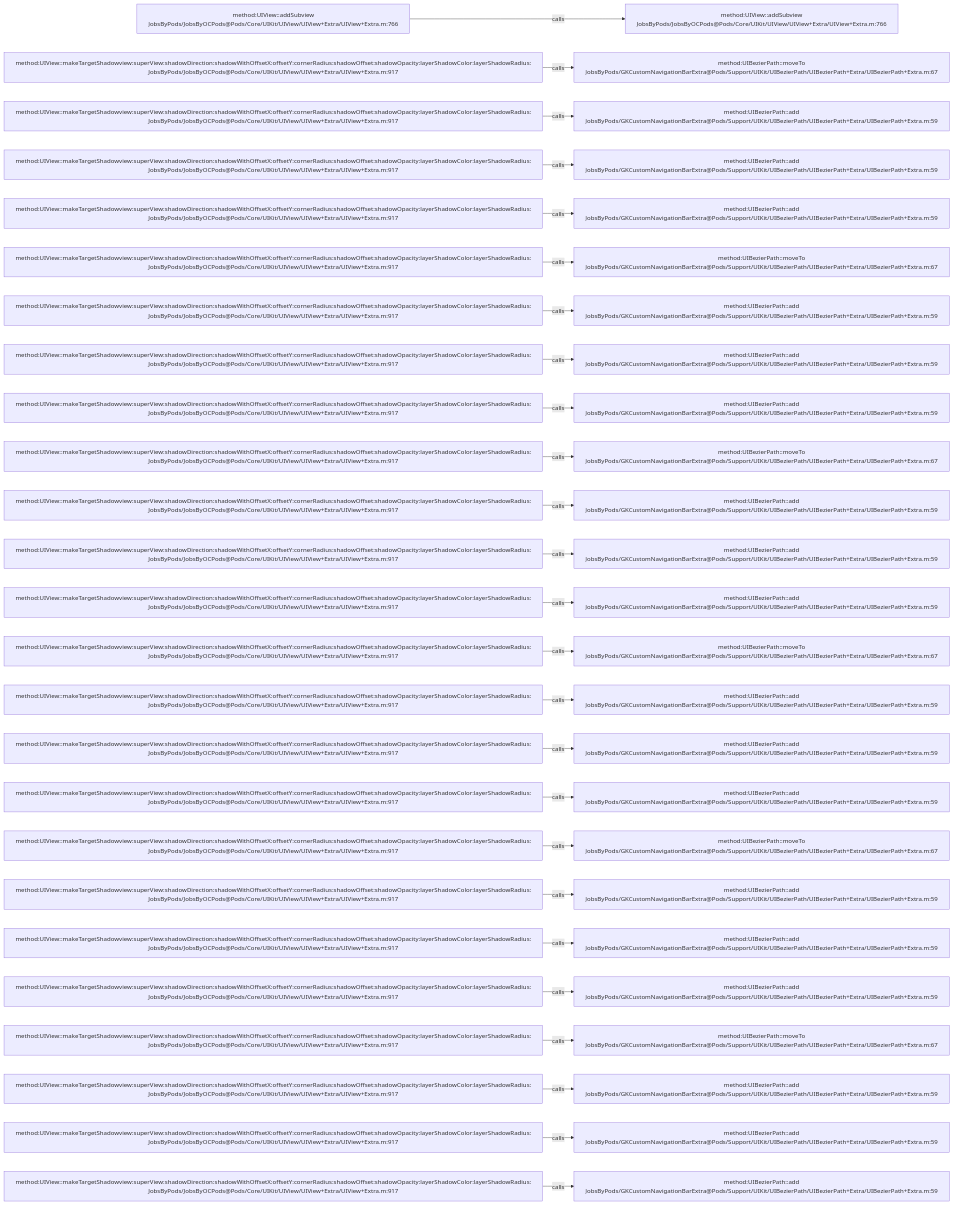
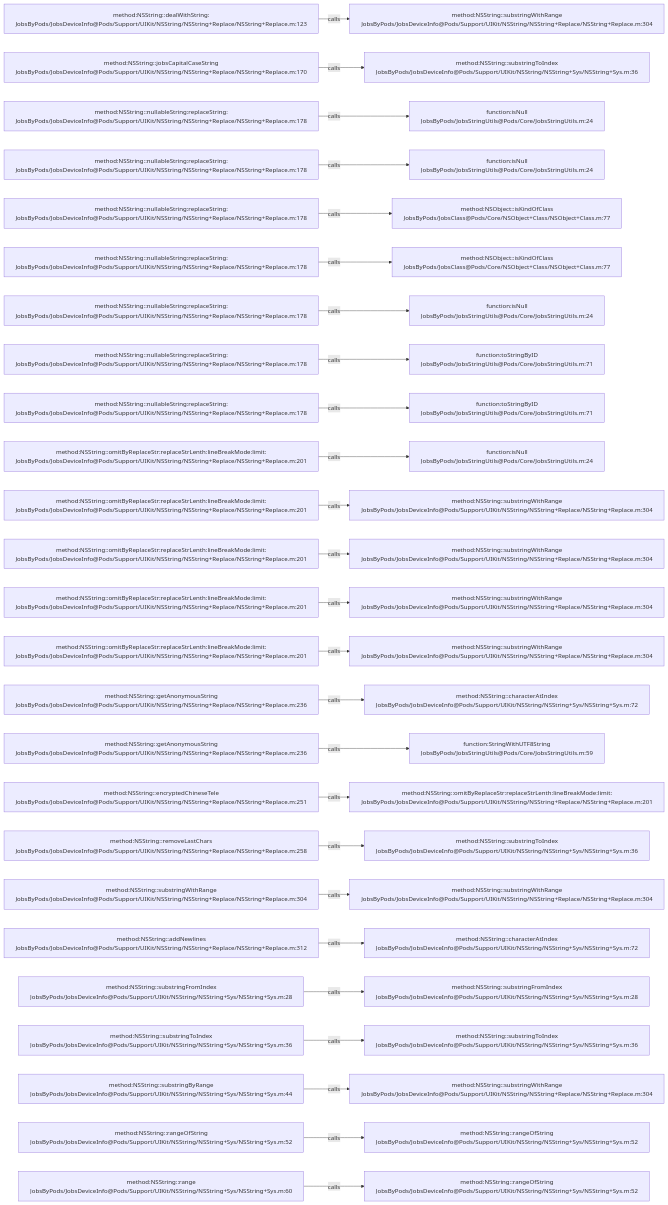
One commit to JobsKits/JobsOCBaseConfigDemo changed the diagram in .codegraph/codegraph.md/graphs/calls-063.md. Above: the diagram before and after it, drawn with Mermaid. The commit also changed 573 other files, not shown here.

````diff
--- a/.codegraph/codegraph.md/graphs/calls-063.md
+++ b/.codegraph/codegraph.md/graphs/calls-063.md
@@ -13,78 +13,78 @@
 ```mermaid
 flowchart LR
-  S1["method:UIView::addSubview<br/>JobsByPods/JobsByOCPods@Pods/Core/UIKit/UIView/UIView+Extra/UIView+Extra.m:766"]
-  T1["method:UIView::addSubview<br/>JobsByPods/JobsByOCPods@Pods/Core/UIKit/UIView/UIView+Extra/UIView+Extra.m:766"]
+  S1["method:NSString::dealWithString:<br/>JobsByPods/JobsDeviceInfo@Pods/Support/UIKit/NSString/NSString+Replace/NSString+Replace.m:123"]
+  T1["method:NSString::substringWithRange<br/>JobsByPods/JobsDeviceInfo@Pods/Support/UIKit/NSString/NSString+Replace/NSString+Replace.m:304"]
   S1 -->|calls| T1
-  S2["method:UIView::makeTargetShadowview:superView:shadowDirection:shadowWithOffsetX:offsetY:cornerRadius:shadowOffset:shadowOpacity:layerShadowColor:layerShadowRadius:<br/>JobsByPods/JobsByOCPods@Pods/Core/UIKit/UIView/UIView+Extra/UIView+Extra.m:917"]
-  T2["method:UIBezierPath::moveTo<br/>JobsByPods/GKCustomNavigationBarExtra@Pods/Support/UIKit/UIBezierPath/UIBezierPath+Extra/UIBezierPath+Extra.m:67"]
+  S2["method:NSString::jobsCapitalCaseString<br/>JobsByPods/JobsDeviceInfo@Pods/Support/UIKit/NSString/NSString+Replace/NSString+Replace.m:170"]
+  T2["method:NSString::substringToIndex<br/>JobsByPods/JobsDeviceInfo@Pods/Support/UIKit/NSString/NSString+Sys/NSString+Sys.m:36"]
   S2 -->|calls| T2
-  S3["method:UIView::makeTargetShadowview:superView:shadowDirection:shadowWithOffsetX:offsetY:cornerRadius:shadowOffset:shadowOpacity:layerShadowColor:layerShadowRadius:<br/>JobsByPods/JobsByOCPods@Pods/Core/UIKit/UIView/UIView+Extra/UIView+Extra.m:917"]
-  T3["method:UIBezierPath::add<br/>JobsByPods/GKCustomNavigationBarExtra@Pods/Support/UIKit/UIBezierPath/UIBezierPath+Extra/UIBezierPath+Extra.m:59"]
+  S3["method:NSString::nullableString:replaceString:<br/>JobsByPods/JobsDeviceInfo@Pods/Support/UIKit/NSString/NSString+Replace/NSString+Replace.m:178"]
+  T3["function:isNull<br/>JobsByPods/JobsStringUtils@Pods/Core/JobsStringUtils.m:24"]
   S3 -->|calls| T3
-  S4["method:UIView::makeTargetShadowview:superView:shadowDirection:shadowWithOffsetX:offsetY:cornerRadius:shadowOffset:shadowOpacity:layerShadowColor:layerShadowRadius:<br/>JobsByPods/JobsByOCPods@Pods/Core/UIKit/UIView/UIView+Extra/UIView+Extra.m:917"]
-  T4["method:UIBezierPath::add<br/>JobsByPods/GKCustomNavigationBarExtra@Pods/Support/UIKit/UIBezierPath/UIBezierPath+Extra/UIBezierPath+Extra.m:59"]
+  S4["method:NSString::nullableString:replaceString:<br/>JobsByPods/JobsDeviceInfo@Pods/Support/UIKit/NSString/NSString+Replace/NSString+Replace.m:178"]
+  T4["function:isNull<br/>JobsByPods/JobsStringUtils@Pods/Core/JobsStringUtils.m:24"]
   S4 -->|calls| T4
-  S5["method:UIView::makeTargetShadowview:superView:shadowDirection:shadowWithOffsetX:offsetY:cornerRadius:shadowOffset:shadowOpacity:layerShadowColor:layerShadowRadius:<br/>JobsByPods/JobsByOCPods@Pods/Core/UIKit/UIView/UIView+Extra/UIView+Extra.m:917"]
-  T5["method:UIBezierPath::add<br/>JobsByPods/GKCustomNavigationBarExtra@Pods/Support/UIKit/UIBezierPath/UIBezierPath+Extra/UIBezierPath+Extra.m:59"]
+  S5["method:NSString::nullableString:replaceString:<br/>JobsByPods/JobsDeviceInfo@Pods/Support/UIKit/NSString/NSString+Replace/NSString+Replace.m:178"]
+  T5["method:NSObject::isKindOfClass<br/>JobsByPods/JobsClass@Pods/Core/NSObject+Class/NSObject+Class.m:77"]
   S5 -->|calls| T5
-  S6["method:UIView::makeTargetShadowview:superView:shadowDirection:shadowWithOffsetX:offsetY:cornerRadius:shadowOffset:shadowOpacity:layerShadowColor:layerShadowRadius:<br/>JobsByPods/JobsByOCPods@Pods/Core/UIKit/UIView/UIView+Extra/UIView+Extra.m:917"]
-  T6["method:UIBezierPath::moveTo<br/>JobsByPods/GKCustomNavigationBarExtra@Pods/Support/UIKit/UIBezierPath/UIBezierPath+Extra/UIBezierPath+Extra.m:67"]
+  S6["method:NSString::nullableString:replaceString:<br/>JobsByPods/JobsDeviceInfo@Pods/Support/UIKit/NSString/NSString+Replace/NSString+Replace.m:178"]
+  T6["method:NSObject::isKindOfClass<br/>JobsByPods/JobsClass@Pods/Core/NSObject+Class/NSObject+Class.m:77"]
   S6 -->|calls| T6
-  S7["method:UIView::makeTargetShadowview:superView:shadowDirection:shadowWithOffsetX:offsetY:cornerRadius:shadowOffset:shadowOpacity:layerShadowColor:layerShadowRadius:<br/>JobsByPods/JobsByOCPods@Pods/Core/UIKit/UIView/UIView+Extra/UIView+Extra.m:917"]
-  T7["method:UIBezierPath::add<br/>JobsByPods/GKCustomNavigationBarExtra@Pods/Support/UIKit/UIBezierPath/UIBezierPath+Extra/UIBezierPath+Extra.m:59"]
+  S7["method:NSString::nullableString:replaceString:<br/>JobsByPods/JobsDeviceInfo@Pods/Support/UIKit/NSString/NSString+Replace/NSString+Replace.m:178"]
+  T7["function:isNull<br/>JobsByPods/JobsStringUtils@Pods/Core/JobsStringUtils.m:24"]
   S7 -->|calls| T7
-  S8["method:UIView::makeTargetShadowview:superView:shadowDirection:shadowWithOffsetX:offsetY:cornerRadius:shadowOffset:shadowOpacity:layerShadowColor:layerShadowRadius:<br/>JobsByPods/JobsByOCPods@Pods/Core/UIKit/UIView/UIView+Extra/UIView+Extra.m:917"]
-  T8["method:UIBezierPath::add<br/>JobsByPods/GKCustomNavigationBarExtra@Pods/Support/UIKit/UIBezierPath/UIBezierPath+Extra/UIBezierPath+Extra.m:59"]
+  S8["method:NSString::nullableString:replaceString:<br/>JobsByPods/JobsDeviceInfo@Pods/Support/UIKit/NSString/NSString+Replace/NSString+Replace.m:178"]
+  T8["function:toStringByID<br/>JobsByPods/JobsStringUtils@Pods/Core/JobsStringUtils.m:71"]
   S8 -->|calls| T8
-  S9["method:UIView::makeTargetShadowview:superView:shadowDirection:shadowWithOffsetX:offsetY:cornerRadius:shadowOffset:shadowOpacity:layerShadowColor:layerShadowRadius:<br/>JobsByPods/JobsByOCPods@Pods/Core/UIKit/UIView/UIView+Extra/UIView+Extra.m:917"]
-  T9["method:UIBezierPath::add<br/>JobsByPods/GKCustomNavigationBarExtra@Pods/Support/UIKit/UIBezierPath/UIBezierPath+Extra/UIBezierPath+Extra.m:59"]
+  S9["method:NSString::nullableString:replaceString:<br/>JobsByPods/JobsDeviceInfo@Pods/Support/UIKit/NSString/NSString+Replace/NSString+Replace.m:178"]
+  T9["function:toStringByID<br/>JobsByPods/JobsStringUtils@Pods/Core/JobsStringUtils.m:71"]
   S9 -->|calls| T9
-  S10["method:UIView::makeTargetShadowview:superView:shadowDirection:shadowWithOffsetX:offsetY:cornerRadius:shadowOffset:shadowOpacity:layerShadowColor:layerShadowRadius:<br/>JobsByPods/JobsByOCPods@Pods/Core/UIKit/UIView/UIView+Extra/UIView+Extra.m:917"]
-  T10["method:UIBezierPath::moveTo<br/>JobsByPods/GKCustomNavigationBarExtra@Pods/Support/UIKit/UIBezierPath/UIBezierPath+Extra/UIBezierPath+Extra.m:67"]
+  S10["method:NSString::omitByReplaceStr:replaceStrLenth:lineBreakMode:limit:<br/>JobsByPods/JobsDeviceInfo@Pods/Support/UIKit/NSString/NSString+Replace/NSString+Replace.m:201"]
+  T10["function:isNull<br/>JobsByPods/JobsStringUtils@Pods/Core/JobsStringUtils.m:24"]
   S10 -->|calls| T10
-  S11["method:UIView::makeTargetShadowview:superView:shadowDirection:shadowWithOffsetX:offsetY:cornerRadius:shadowOffset:shadowOpacity:layerShadowColor:layerShadowRadius:<br/>JobsByPods/JobsByOCPods@Pods/Core/UIKit/UIView/UIView+Extra/UIView+Extra.m:917"]
-  T11["method:UIBezierPath::add<br/>JobsByPods/GKCustomNavigationBarExtra@Pods/Support/UIKit/UIBezierPath/UIBezierPath+Extra/UIBezierPath+Extra.m:59"]
+  S11["method:NSString::omitByReplaceStr:replaceStrLenth:lineBreakMode:limit:<br/>JobsByPods/JobsDeviceInfo@Pods/Support/UIKit/NSString/NSString+Replace/NSString+Replace.m:201"]
+  T11["method:NSString::substringWithRange<br/>JobsByPods/JobsDeviceInfo@Pods/Support/UIKit/NSString/NSString+Replace/NSString+Replace.m:304"]
   S11 -->|calls| T11
-  S12["method:UIView::makeTargetShadowview:superView:shadowDirection:shadowWithOffsetX:offsetY:cornerRadius:shadowOffset:shadowOpacity:layerShadowColor:layerShadowRadius:<br/>JobsByPods/JobsByOCPods@Pods/Core/UIKit/UIView/UIView+Extra/UIView+Extra.m:917"]
-  T12["method:UIBezierPath::add<br/>JobsByPods/GKCustomNavigationBarExtra@Pods/Support/UIKit/UIBezierPath/UIBezierPath+Extra/UIBezierPath+Extra.m:59"]
+  S12["method:NSString::omitByReplaceStr:replaceStrLenth:lineBreakMode:limit:<br/>JobsByPods/JobsDeviceInfo@Pods/Support/UIKit/NSString/NSString+Replace/NSString+Replace.m:201"]
+  T12["method:NSString::substringWithRange<br/>JobsByPods/JobsDeviceInfo@Pods/Support/UIKit/NSString/NSString+Replace/NSString+Replace.m:304"]
   S12 -->|calls| T12
-  S13["method:UIView::makeTargetShadowview:superView:shadowDirection:shadowWithOffsetX:offsetY:cornerRadius:shadowOffset:shadowOpacity:layerShadowColor:layerShadowRadius:<br/>JobsByPods/JobsByOCPods@Pods/Core/UIKit/UIView/UIView+Extra/UIView+Extra.m:917"]
-  T13["method:UIBezierPath::add<br/>JobsByPods/GKCustomNavigationBarExtra@Pods/Support/UIKit/UIBezierPath/UIBezierPath+Extra/UIBezierPath+Extra.m:59"]
+  S13["method:NSString::omitByReplaceStr:replaceStrLenth:lineBreakMode:limit:<br/>JobsByPods/JobsDeviceInfo@Pods/Support/UIKit/NSString/NSString+Replace/NSString+Replace.m:201"]
+  T13["method:NSString::substringWithRange<br/>JobsByPods/JobsDeviceInfo@Pods/Support/UIKit/NSString/NSString+Replace/NSString+Replace.m:304"]
   S13 -->|calls| T13
-  S14["method:UIView::makeTargetShadowview:superView:shadowDirection:shadowWithOffsetX:offsetY:cornerRadius:shadowOffset:shadowOpacity:layerShadowColor:layerShadowRadius:<br/>JobsByPods/JobsByOCPods@Pods/Core/UIKit/UIView/UIView+Extra/UIView+Extra.m:917"]
-  T14["method:UIBezierPath::moveTo<br/>JobsByPods/GKCustomNavigationBarExtra@Pods/Support/UIKit/UIBezierPath/UIBezierPath+Extra/UIBezierPath+Extra.m:67"]
+  S14["method:NSString::omitByReplaceStr:replaceStrLenth:lineBreakMode:limit:<br/>JobsByPods/JobsDeviceInfo@Pods/Support/UIKit/NSString/NSString+Replace/NSString+Replace.m:201"]
+  T14["method:NSString::substringWithRange<br/>JobsByPods/JobsDeviceInfo@Pods/Support/UIKit/NSString/NSString+Replace/NSString+Replace.m:304"]
   S14 -->|calls| T14
-  S15["method:UIView::makeTargetShadowview:superView:shadowDirection:shadowWithOffsetX:offsetY:cornerRadius:shadowOffset:shadowOpacity:layerShadowColor:layerShadowRadius:<br/>JobsByPods/JobsByOCPods@Pods/Core/UIKit/UIView/UIView+Extra/UIView+Extra.m:917"]
-  T15["method:UIBezierPath::add<br/>JobsByPods/GKCustomNavigationBarExtra@Pods/Support/UIKit/UIBezierPath/UIBezierPath+Extra/UIBezierPath+Extra.m:59"]
+  S15["method:NSString::getAnonymousString<br/>JobsByPods/JobsDeviceInfo@Pods/Support/UIKit/NSString/NSString+Replace/NSString+Replace.m:236"]
+  T15["method:NSString::characterAtIndex<br/>JobsByPods/JobsDeviceInfo@Pods/Support/UIKit/NSString/NSString+Sys/NSString+Sys.m:72"]
   S15 -->|calls| T15
-  S16["method:UIView::makeTargetShadowview:superView:shadowDirection:shadowWithOffsetX:offsetY:cornerRadius:shadowOffset:shadowOpacity:layerShadowColor:layerShadowRadius:<br/>JobsByPods/JobsByOCPods@Pods/Core/UIKit/UIView/UIView+Extra/UIView+Extra.m:917"]
-  T16["method:UIBezierPath::add<br/>JobsByPods/GKCustomNavigationBarExtra@Pods/Support/UIKit/UIBezierPath/UIBezierPath+Extra/UIBezierPath+Extra.m:59"]
+  S16["method:NSString::getAnonymousString<br/>JobsByPods/JobsDeviceInfo@Pods/Support/UIKit/NSString/NSString+Replace/NSString+Replace.m:236"]
+  T16["function:StringWithUTF8String<br/>JobsByPods/JobsStringUtils@Pods/Core/JobsStringUtils.m:59"]
   S16 -->|calls| T16
-  S17["method:UIView::makeTargetShadowview:superView:shadowDirection:shadowWithOffsetX:offsetY:cornerRadius:shadowOffset:shadowOpacity:layerShadowColor:layerShadowRadius:<br/>JobsByPods/JobsByOCPods@Pods/Core/UIKit/UIView/UIView+Extra/UIView+Extra.m:917"]
-  T17["method:UIBezierPath::add<br/>JobsByPods/GKCustomNavigationBarExtra@Pods/Support/UIKit/UIBezierPath/UIBezierPath+Extra/UIBezierPath+Extra.m:59"]
+  S17["method:NSString::encryptedChineseTele<br/>JobsByPods/JobsDeviceInfo@Pods/Support/UIKit/NSString/NSString+Replace/NSString+Replace.m:251"]
+  T17["method:NSString::omitByReplaceStr:replaceStrLenth:lineBreakMode:limit:<br/>JobsByPods/JobsDeviceInfo@Pods/Support/UIKit/NSString/NSString+Replace/NSString+Replace.m:201"]
   S17 -->|calls| T17
-  S18["method:UIView::makeTargetShadowview:superView:shadowDirection:shadowWithOffsetX:offsetY:cornerRadius:shadowOffset:shadowOpacity:layerShadowColor:layerShadowRadius:<br/>JobsByPods/JobsByOCPods@Pods/Core/UIKit/UIView/UIView+Extra/UIView+Extra.m:917"]
-  T18["method:UIBezierPath::moveTo<br/>JobsByPods/GKCustomNavigationBarExtra@Pods/Support/UIKit/UIBezierPath/UIBezierPath+Extra/UIBezierPath+Extra.m:67"]
+  S18["method:NSString::removeLastChars<br/>JobsByPods/JobsDeviceInfo@Pods/Support/UIKit/NSString/NSString+Replace/NSString+Replace.m:258"]
+  T18["method:NSString::substringToIndex<br/>JobsByPods/JobsDeviceInfo@Pods/Support/UIKit/NSString/NSString+Sys/NSString+Sys.m:36"]
   S18 -->|calls| T18
-  S19["method:UIView::makeTargetShadowview:superView:shadowDirection:shadowWithOffsetX:offsetY:cornerRadius:shadowOffset:shadowOpacity:layerShadowColor:layerShadowRadius:<br/>JobsByPods/JobsByOCPods@Pods/Core/UIKit/UIView/UIView+Extra/UIView+Extra.m:917"]
-  T19["method:UIBezierPath::add<br/>JobsByPods/GKCustomNavigationBarExtra@Pods/Support/UIKit/UIBezierPath/UIBezierPath+Extra/UIBezierPath+Extra.m:59"]
+  S19["method:NSString::substringWithRange<br/>JobsByPods/JobsDeviceInfo@Pods/Support/UIKit/NSString/NSString+Replace/NSString+Replace.m:304"]
+  T19["method:NSString::substringWithRange<br/>JobsByPods/JobsDeviceInfo@Pods/Support/UIKit/NSString/NSString+Replace/NSString+Replace.m:304"]
   S19 -->|calls| T19
-  S20["method:UIView::makeTargetShadowview:superView:shadowDirection:shadowWithOffsetX:offsetY:cornerRadius:shadowOffset:shadowOpacity:layerShadowColor:layerShadowRadius:<br/>JobsByPods/JobsByOCPods@Pods/Core/UIKit/UIView/UIView+Extra/UIView+Extra.m:917"]
-  T20["method:UIBezierPath::add<br/>JobsByPods/GKCustomNavigationBarExtra@Pods/Support/UIKit/UIBezierPath/UIBezierPath+Extra/UIBezierPath+Extra.m:59"]
+  S20["method:NSString::addNewlines<br/>JobsByPods/JobsDeviceInfo@Pods/Support/UIKit/NSString/NSString+Replace/NSString+Replace.m:312"]
+  T20["method:NSString::characterAtIndex<br/>JobsByPods/JobsDeviceInfo@Pods/Support/UIKit/NSString/NSString+Sys/NSString+Sys.m:72"]
   S20 -->|calls| T20
-  S21["method:UIView::makeTargetShadowview:superView:shadowDirection:shadowWithOffsetX:offsetY:cornerRadius:shadowOffset:shadowOpacity:layerShadowColor:layerShadowRadius:<br/>JobsByPods/JobsByOCPods@Pods/Core/UIKit/UIView/UIView+Extra/UIView+Extra.m:917"]
-  T21["method:UIBezierPath::add<br/>JobsByPods/GKCustomNavigationBarExtra@Pods/Support/UIKit/UIBezierPath/UIBezierPath+Extra/UIBezierPath+Extra.m:59"]
+  S21["method:NSString::substringFromIndex<br/>JobsByPods/JobsDeviceInfo@Pods/Support/UIKit/NSString/NSString+Sys/NSString+Sys.m:28"]
+  T21["method:NSString::substringFromIndex<br/>JobsByPods/JobsDeviceInfo@Pods/Support/UIKit/NSString/NSString+Sys/NSString+Sys.m:28"]
   S21 -->|calls| T21
-  S22["method:UIView::makeTargetShadowview:superView:shadowDirection:shadowWithOffsetX:offsetY:cornerRadius:shadowOffset:shadowOpacity:layerShadowColor:layerShadowRadius:<br/>JobsByPods/JobsByOCPods@Pods/Core/UIKit/UIView/UIView+Extra/UIView+Extra.m:917"]
-  T22["method:UIBezierPath::moveTo<br/>JobsByPods/GKCustomNavigationBarExtra@Pods/Support/UIKit/UIBezierPath/UIBezierPath+Extra/UIBezierPath+Extra.m:67"]
+  S22["method:NSString::substringToIndex<br/>JobsByPods/JobsDeviceInfo@Pods/Support/UIKit/NSString/NSString+Sys/NSString+Sys.m:36"]
+  T22["method:NSString::substringToIndex<br/>JobsByPods/JobsDeviceInfo@Pods/Support/UIKit/NSString/NSString+Sys/NSString+Sys.m:36"]
   S22 -->|calls| T22
-  S23["method:UIView::makeTargetShadowview:superView:shadowDirection:shadowWithOffsetX:offsetY:cornerRadius:shadowOffset:shadowOpacity:layerShadowColor:layerShadowRadius:<br/>JobsByPods/JobsByOCPods@Pods/Core/UIKit/UIView/UIView+Extra/UIView+Extra.m:917"]
-  T23["method:UIBezierPath::add<br/>JobsByPods/GKCustomNavigationBarExtra@Pods/Support/UIKit/UIBezierPath/UIBezierPath+Extra/UIBezierPath+Extra.m:59"]
+  S23["method:NSString::substringByRange<br/>JobsByPods/JobsDeviceInfo@Pods/Support/UIKit/NSString/NSString+Sys/NSString+Sys.m:44"]
+  T23["method:NSString::substringWithRange<br/>JobsByPods/JobsDeviceInfo@Pods/Support/UIKit/NSString/NSString+Replace/NSString+Replace.m:304"]
   S23 -->|calls| T23
-  S24["method:UIView::makeTargetShadowview:superView:shadowDirection:shadowWithOffsetX:offsetY:cornerRadius:shadowOffset:shadowOpacity:layerShadowColor:layerShadowRadius:<br/>JobsByPods/JobsByOCPods@Pods/Core/UIKit/UIView/UIView+Extra/UIView+Extra.m:917"]
-  T24["method:UIBezierPath::add<br/>JobsByPods/GKCustomNavigationBarExtra@Pods/Support/UIKit/UIBezierPath/UIBezierPath+Extra/UIBezierPath+Extra.m:59"]
+  S24["method:NSString::rangeOfString<br/>JobsByPods/JobsDeviceInfo@Pods/Support/UIKit/NSString/NSString+Sys/NSString+Sys.m:52"]
+  T24["method:NSString::rangeOfString<br/>JobsByPods/JobsDeviceInfo@Pods/Support/UIKit/NSString/NSString+Sys/NSString+Sys.m:52"]
   S24 -->|calls| T24
-  S25["method:UIView::makeTargetShadowview:superView:shadowDirection:shadowWithOffsetX:offsetY:cornerRadius:shadowOffset:shadowOpacity:layerShadowColor:layerShadowRadius:<br/>JobsByPods/JobsByOCPods@Pods/Core/UIKit/UIView/UIView+Extra/UIView+Extra.m:917"]
-  T25["method:UIBezierPath::add<br/>JobsByPods/GKCustomNavigationBarExtra@Pods/Support/UIKit/UIBezierPath/UIBezierPath+Extra/UIBezierPath+Extra.m:59"]
+  S25["method:NSString::range<br/>JobsByPods/JobsDeviceInfo@Pods/Support/UIKit/NSString/NSString+Sys/NSString+Sys.m:60"]
+  T25["method:NSString::rangeOfString<br/>JobsByPods/JobsDeviceInfo@Pods/Support/UIKit/NSString/NSString+Sys/NSString+Sys.m:52"]
   S25 -->|calls| T25
 ```
````
